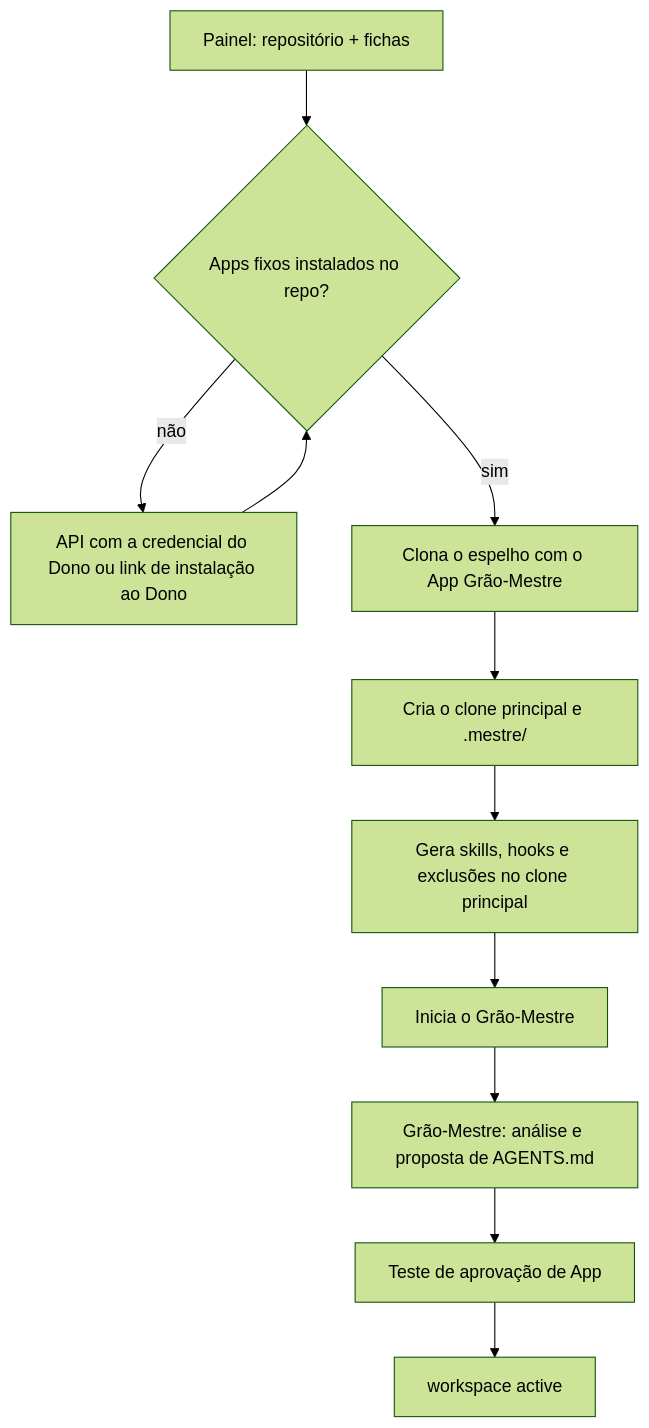
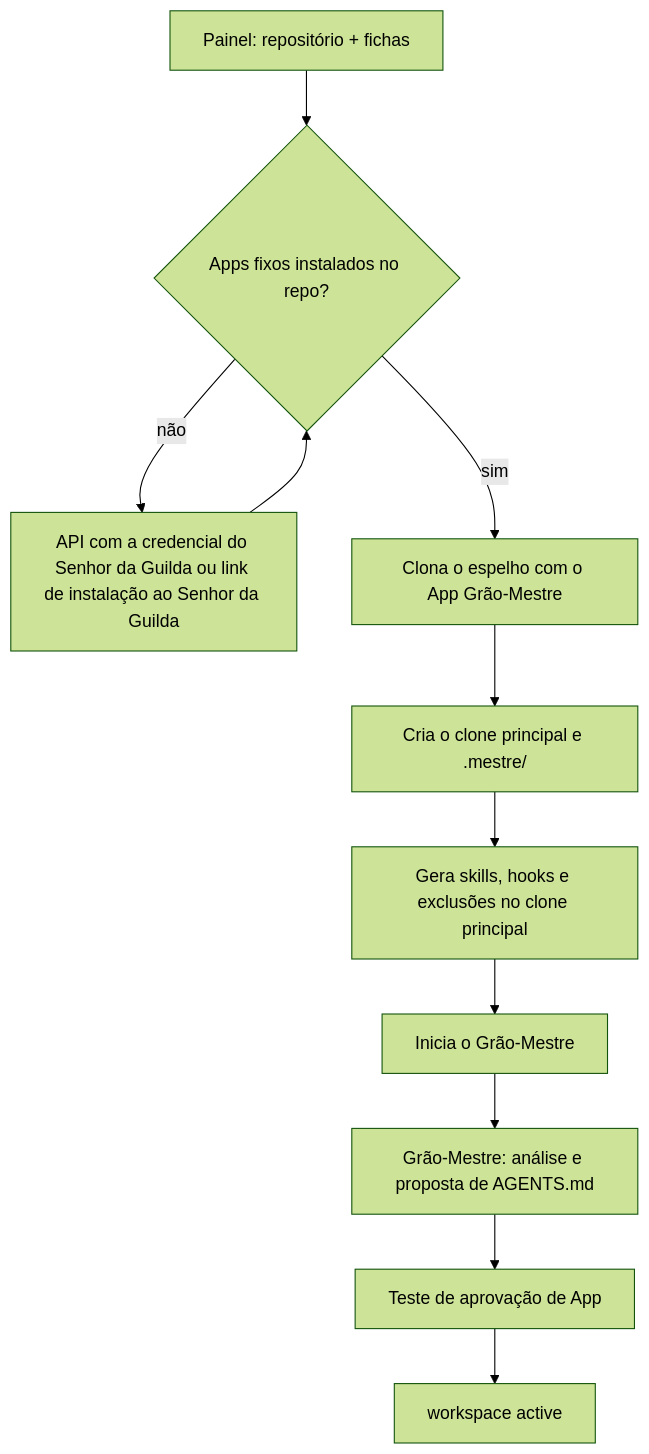
Before and after one commit to lucasndas/mestre: the diagram in docs/sessao-zero/workspace.md, drawn with Mermaid (forest theme). The commit also changed other lines of this file and 298 other files, not shown here.

First line of the commit message:
feat: Campanha, Senhor da Guilda and Companhia in the interface (M6 4A2) (#375)

````diff
--- a/docs/sessao-zero/workspace.md
+++ b/docs/sessao-zero/workspace.md
@@ -14,13 +14,13 @@
 ```mermaid
 flowchart TD
   A[Painel: repositório + fichas] --> B{Apps fixos instalados no repo?}
-  B -- não --> C[API com a credencial do Dono ou link de instalação ao Dono]
+  B -- não --> C[API com a credencial do Senhor da Guilda ou link de instalação ao Senhor da Guilda]
   C --> B
   B -- sim --> D[Clona o espelho com o App Grão-Mestre]
   D --> E[Cria o clone principal e .mestre/]
   E --> F[Gera skills, hooks e exclusões no clone principal]
   F --> G[Inicia o Grão-Mestre]
   G --> H[Grão-Mestre: análise e proposta de AGENTS.md]
   H --> I[Teste de aprovação de App]
   I --> J[workspace active]
 ```
````
